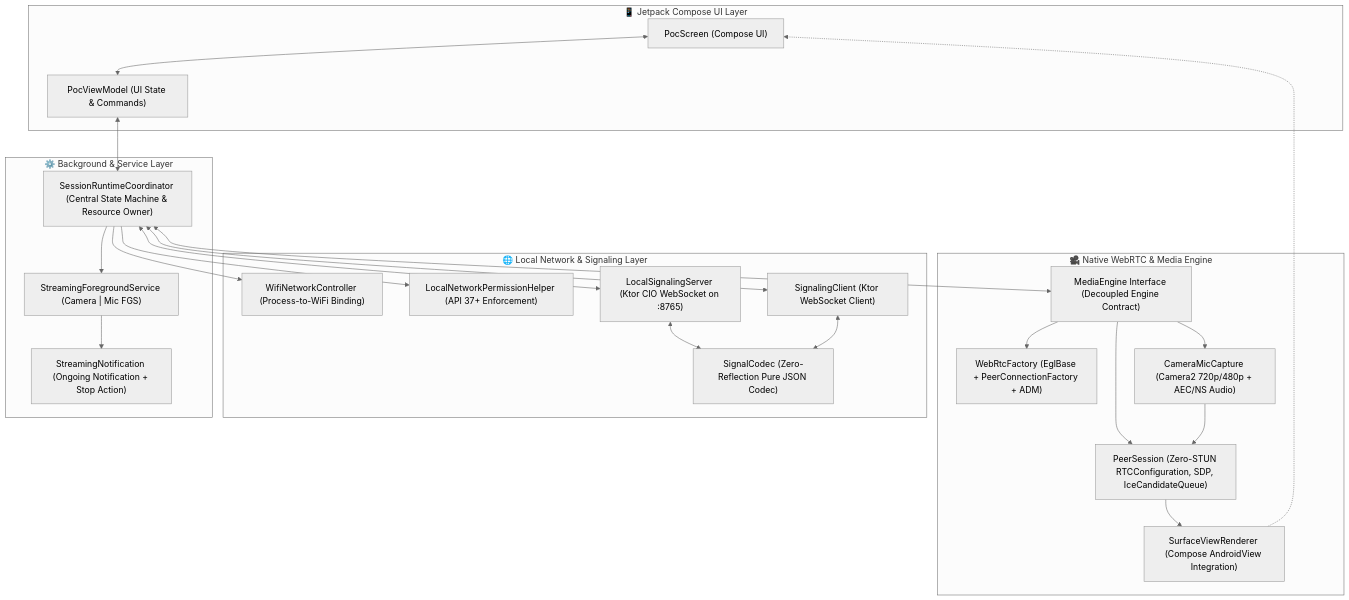
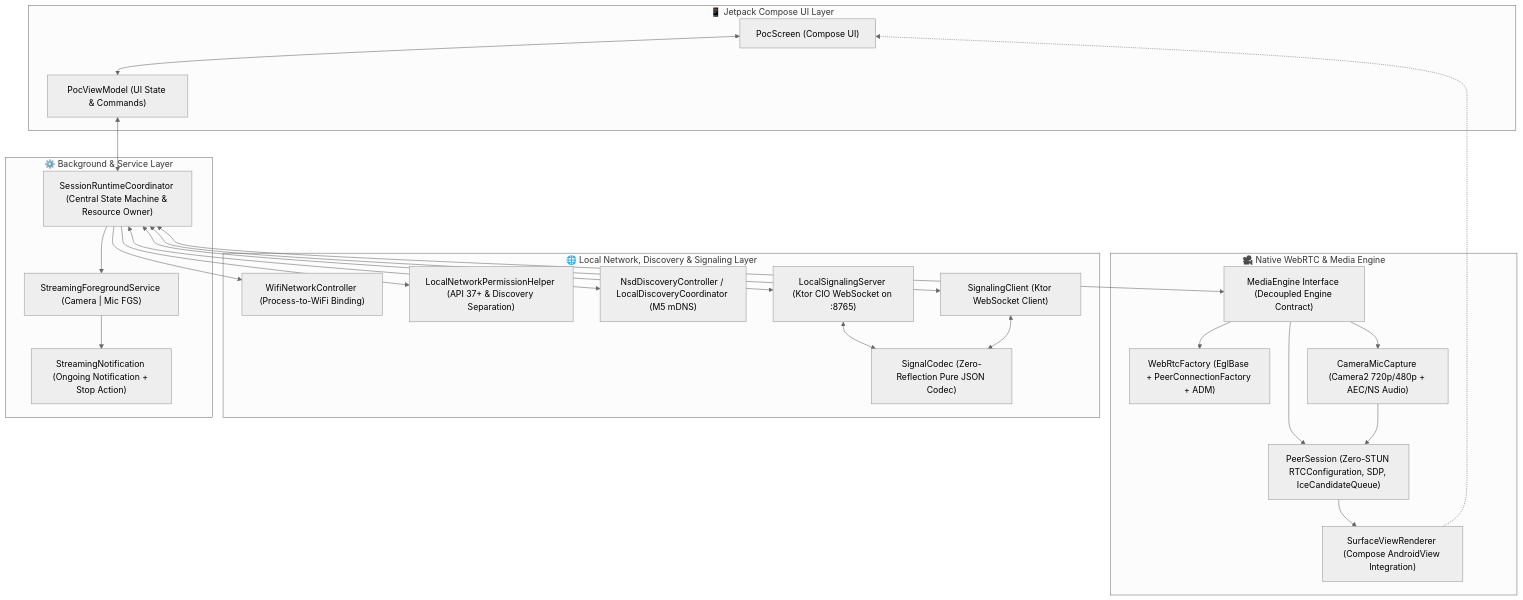
One commit to VishalWadg/LocalCast changed the first of 2 diagrams in docs/ARCHITECTURE.md. Above: the diagram before and after it, drawn with Mermaid (neutral theme). The commit also changed other lines of this file and 21 other files, not shown here.

Commit message:
feat(m5): implement ZeroConf/mDNS NsdManager auto-discovery, Join UI host list, tests, and updated docs/rules

````diff
--- a/docs/ARCHITECTURE.md
+++ b/docs/ARCHITECTURE.md
@@ -27,47 +28,49 @@
 ```mermaid
 flowchart TD
     subgraph UI_Layer ["📱 Jetpack Compose UI Layer"]
         PocScreen["PocScreen (Compose UI)"]
         PocViewModel["PocViewModel (UI State & Commands)"]
     end
 
     subgraph Service_Layer ["⚙️ Background & Service Layer"]
         FGS["StreamingForegroundService (Camera | Mic FGS)"]
         Notification["StreamingNotification (Ongoing Notification + Stop Action)"]
         Coordinator["SessionRuntimeCoordinator (Central State Machine & Resource Owner)"]
     end
 
-    subgraph Network_Layer ["🌐 Local Network & Signaling Layer"]
+    subgraph Network_Layer ["🌐 Local Network, Discovery & Signaling Layer"]
         WifiCtrl["WifiNetworkController (Process-to-WiFi Binding)"]
-        PermHelper["LocalNetworkPermissionHelper (API 37+ Enforcement)"]
+        PermHelper["LocalNetworkPermissionHelper (API 37+ & Discovery Separation)"]
+        NsdCtrl["NsdDiscoveryController / LocalDiscoveryCoordinator (M5 mDNS)"]
         KtorServer["LocalSignalingServer (Ktor CIO WebSocket on :8765)"]
         KtorClient["SignalingClient (Ktor WebSocket Client)"]
         Codec["SignalCodec (Zero-Reflection Pure JSON Codec)"]
     end
 
     subgraph Media_Layer ["🎥 Native WebRTC & Media Engine"]
         Engine["MediaEngine Interface (Decoupled Engine Contract)"]
         WebRtcImpl["WebRtcFactory (EglBase + PeerConnectionFactory + ADM)"]
         PeerConn["PeerSession (Zero-STUN RTCConfiguration, SDP, IceCandidateQueue)"]
         CameraCapture["CameraMicCapture (Camera2 720p/480p + AEC/NS Audio)"]
         Renderer["SurfaceViewRenderer (Compose AndroidView Integration)"]
     end
 
     PocScreen <--> PocViewModel
     PocViewModel <--> Coordinator
     Coordinator --> FGS
     FGS --> Notification
     Coordinator --> WifiCtrl
     Coordinator --> PermHelper
+    Coordinator <--> NsdCtrl
     Coordinator <--> KtorServer
     Coordinator <--> KtorClient
     KtorServer <--> Codec
     KtorClient <--> Codec
     Coordinator <--> Engine
     Engine --> WebRtcImpl
     Engine --> PeerConn
     Engine --> CameraCapture
     CameraCapture --> PeerConn
     PeerConn --> Renderer
     Renderer -.-> PocScreen
 ```
````
